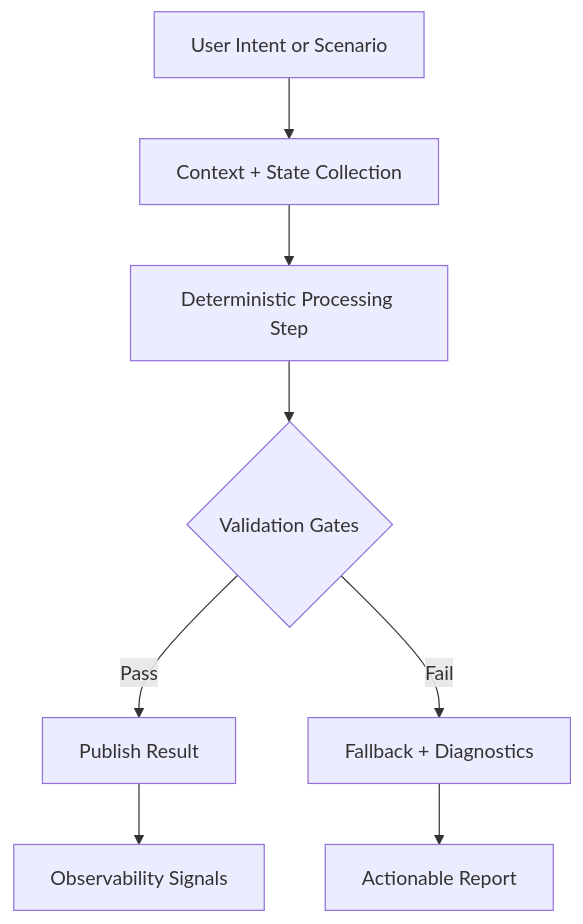
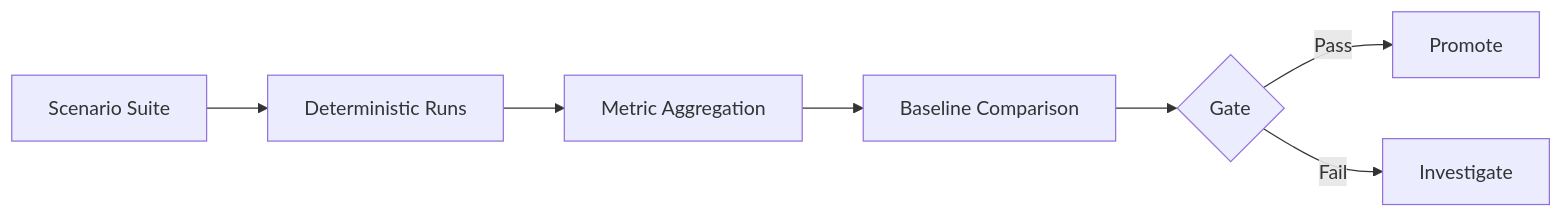
One commit to MariumAfzal2703/physical-ai-humanoid-robotics-textbook changed the diagram in docs/module-2-simulation/overview.mdx. Above: the diagram before and after it, drawn with Mermaid. The commit also changed other lines of this file and 13 other files, not shown here.

````diff
--- a/docs/module-2-simulation/overview.mdx
+++ b/docs/module-2-simulation/overview.mdx
@@ -17,10 +44,9 @@
 ```mermaid
-flowchart TD
-  A[User Intent or Scenario] --> B[Context + State Collection]
-  B --> C[Deterministic Processing Step]
-  C --> D{Validation Gates}
-  D -- Pass --> E[Publish Result]
-  D -- Fail --> F[Fallback + Diagnostics]
-  F --> G[Actionable Report]
-  E --> H[Observability Signals]
+flowchart LR
+  A[Scenario Suite] --> B[Deterministic Runs]
+  B --> C[Metric Aggregation]
+  C --> D[Baseline Comparison]
+  D --> E{Gate}
+  E -- Pass --> F[Promote]
+  E -- Fail --> G[Investigate]
 ```
````
